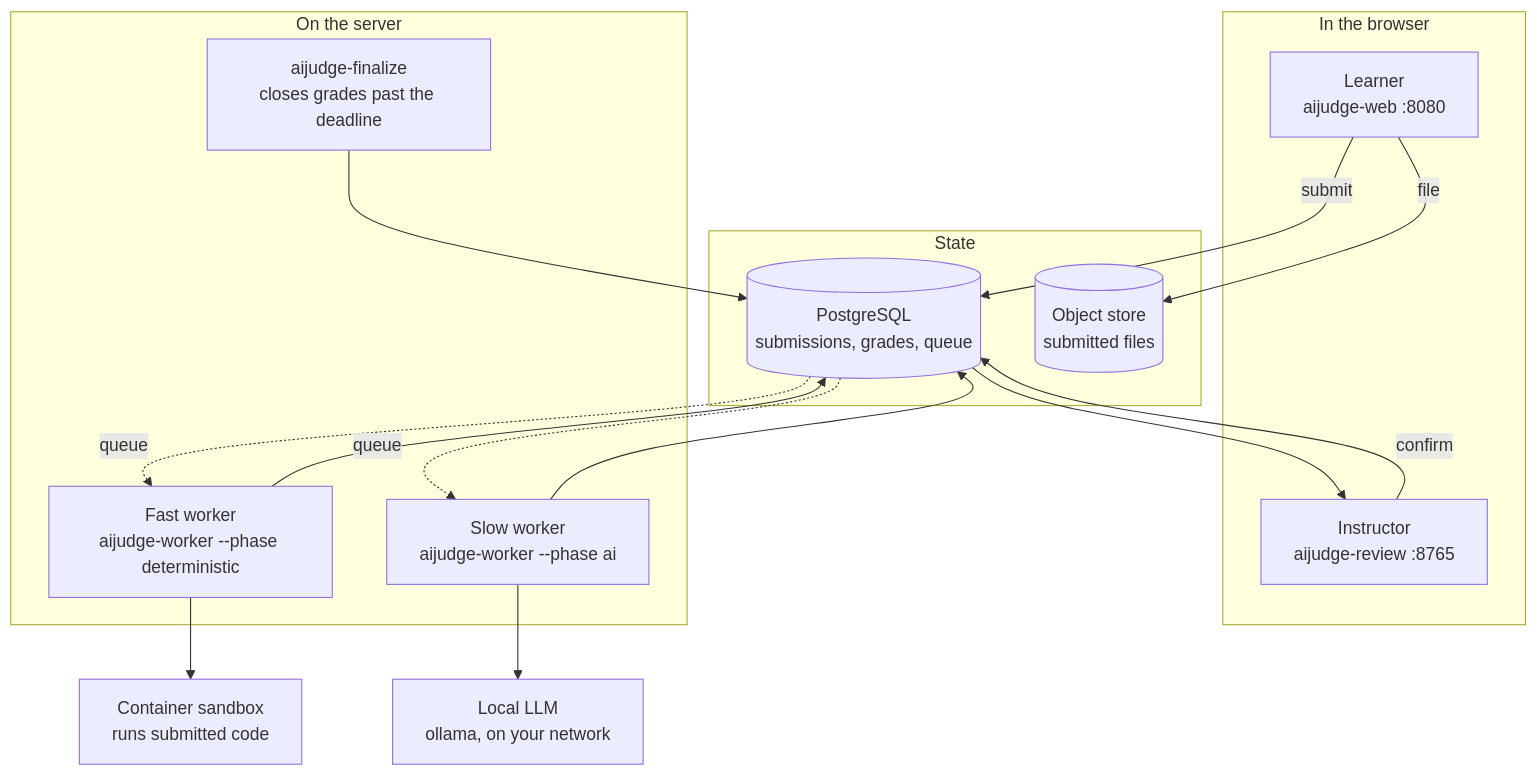
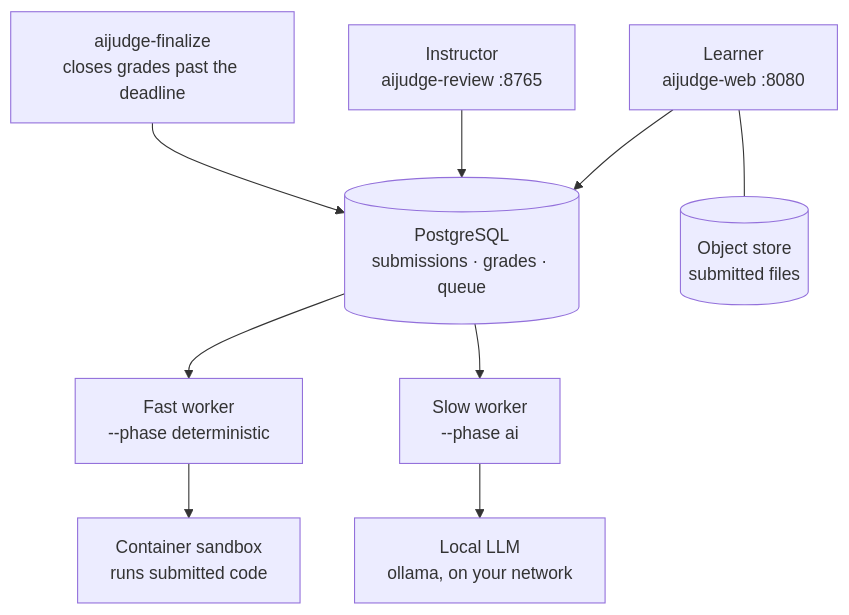
The first of 2 diagrams in README.md (sanoakr/aijudge), drawn with Mermaid before and after one commit. The commit also changed other lines of this file and 1 other file, not shown here.

First paragraph of the commit message:
docs: fix stray spaces in the Japanese README, straighten the diagram, add the roadmap
Three fixes to what shipped in #66.

````diff
--- a/README.md
+++ b/README.md
@@ -60,33 +60,26 @@
 ```mermaid
 flowchart TB
-    subgraph browser["In the browser"]
-        L["Learner<br/>aijudge-web :8080"]
-        I["Instructor<br/>aijudge-review :8765"]
-    end
+    L["Learner<br/>aijudge-web :8080"]
+    I["Instructor<br/>aijudge-review :8765"]
+    F["aijudge-finalize<br/>closes grades past the deadline"]
 
-    subgraph services["On the server"]
-        DW["Fast worker<br/>aijudge-worker --phase deterministic"]
-        AW["Slow worker<br/>aijudge-worker --phase ai"]
-        F["aijudge-finalize<br/>closes grades past the deadline"]
-    end
+    DB[("PostgreSQL<br/>submissions · grades · queue")]
+    S[("Object store<br/>submitted files")]
 
-    subgraph stores["State"]
-        DB[("PostgreSQL<br/>submissions, grades, queue")]
-        S[("Object store<br/>submitted files")]
-    end
+    DW["Fast worker<br/>--phase deterministic"]
+    AW["Slow worker<br/>--phase ai"]
 
     SB["Container sandbox<br/>runs submitted code"]
     LLM["Local LLM<br/>ollama, on your network"]
 
-    L -->|submit| DB
-    L -->|file| S
-    DB -.->|queue| DW
-    DB -.->|queue| AW
+    L --- S
+    L --> DB
+    I --> DB
+    F --> DB
+
+    DB --> DW
+    DB --> AW
+
     DW --> SB
     AW --> LLM
-    DW --> DB
-    AW --> DB
-    DB --> I
-    I -->|confirm| DB
-    F --> DB
 ```
````
